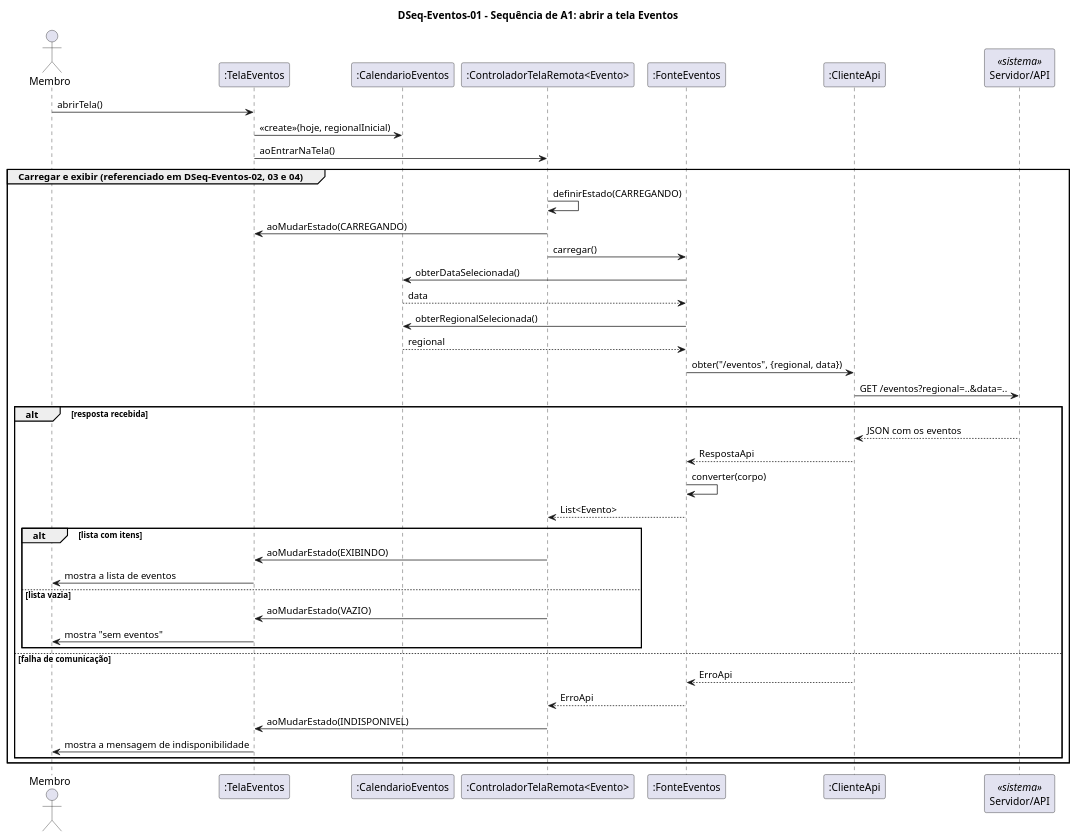
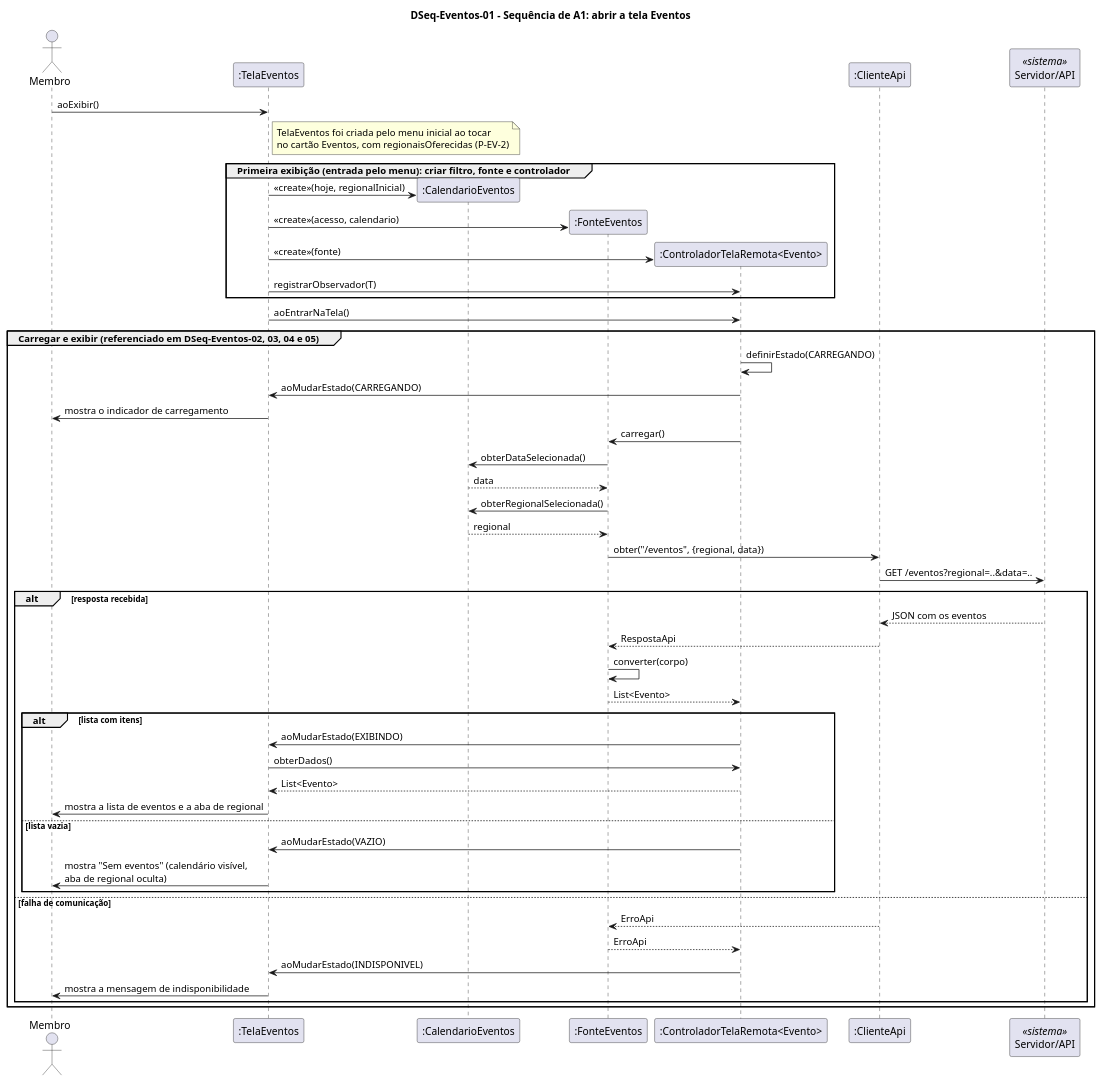
Before and after one commit to joseduardogon/Minha_UFG_Grupo_Cinza: the diagram in Eventos/DSeq-Eventos-01.puml, drawn with PlantUML. The commit also changed 131 other files, not shown here.

```diff
--- a/Eventos/DSeq-Eventos-01.puml
+++ b/Eventos/DSeq-Eventos-01.puml
@@ -1,44 +1,56 @@
 @startuml DSeq-Eventos-01
 title DSeq-Eventos-01 – Sequência de A1: abrir a tela Eventos
 actor "Membro" as M
 participant ":TelaEventos" as T
 participant ":CalendarioEventos" as C
+participant ":FonteEventos" as F
 participant ":ControladorTelaRemota<Evento>" as K
-participant ":FonteEventos" as F
 participant ":ClienteApi" as A
 participant "Servidor/API" as S <<sistema>>
 
-M -> T : abrirTela()
-T -> C : <<create>>(hoje, regionalInicial)
+M -> T : aoExibir()
+note right of T : TelaEventos foi criada pelo menu inicial ao tocar\nno cartão Eventos, com regionaisOferecidas (P-EV-2)
+group Primeira exibição (entrada pelo menu): criar filtro, fonte e controlador
+  create C
+  T -> C : <<create>>(hoje, regionalInicial)
+  create F
+  T -> F : <<create>>(acesso, calendario)
+  create K
+  T -> K : <<create>>(fonte)
+  T -> K : registrarObservador(T)
+end
 T -> K : aoEntrarNaTela()
-group Carregar e exibir (referenciado em DSeq-Eventos-02, 03 e 04)
+group Carregar e exibir (referenciado em DSeq-Eventos-02, 03, 04 e 05)
   K -> K : definirEstado(CARREGANDO)
   K -> T : aoMudarEstado(CARREGANDO)
+  T -> M : mostra o indicador de carregamento
 
   K -> F : carregar()
   F -> C : obterDataSelecionada()
   C --> F : data
   F -> C : obterRegionalSelecionada()
   C --> F : regional
   F -> A : obter("/eventos", {regional, data})
   A -> S : GET /eventos?regional=..&data=..
   alt resposta recebida
     S --> A : JSON com os eventos
     A --> F : RespostaApi
     F -> F : converter(corpo)
     F --> K : List<Evento>
     alt lista com itens
       K -> T : aoMudarEstado(EXIBINDO)
-      T -> M : mostra a lista de eventos
+      T -> K : obterDados()
+      K --> T : List<Evento>
+      T -> M : mostra a lista de eventos e a aba de regional
     else lista vazia
       K -> T : aoMudarEstado(VAZIO)
-      T -> M : mostra "sem eventos"
+      T -> M : mostra "Sem eventos" (calendário visível,\naba de regional oculta)
     end
   else falha de comunicação
     A --> F : ErroApi
     F --> K : ErroApi
     K -> T : aoMudarEstado(INDISPONIVEL)
     T -> M : mostra a mensagem de indisponibilidade
   end
 end
 @enduml
```
